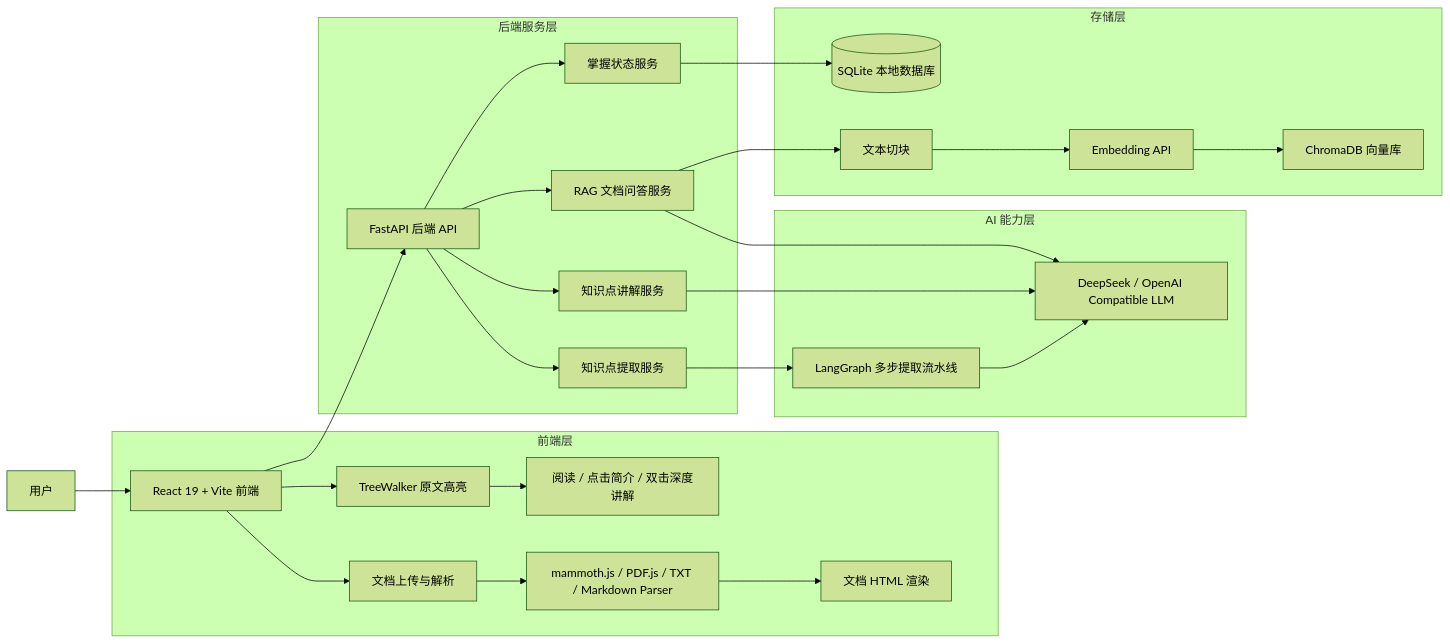
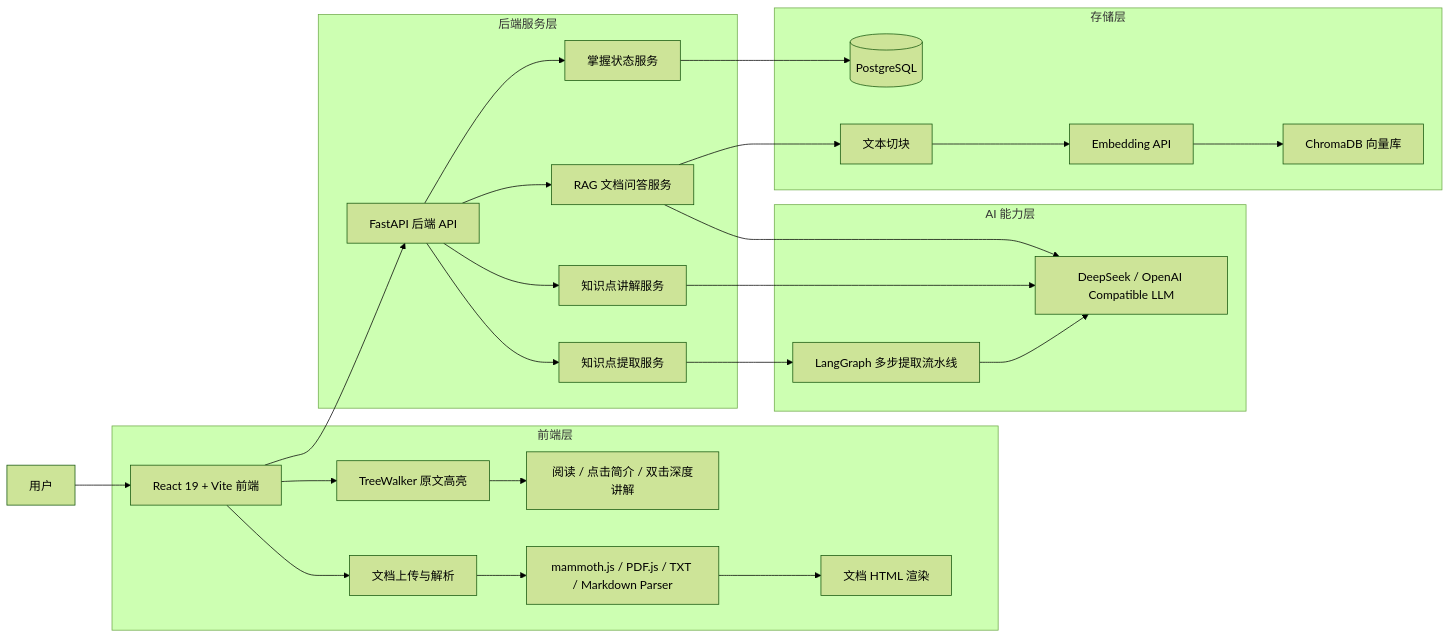
One commit to 54dongdaozhu/pagemind changed the first of 2 diagrams in README.md. Above: the diagram before and after it, drawn with Mermaid (forest theme). The commit also changed other lines of this file and 14 other files, not shown here.

Commit message:
迁移持久化存储到 PostgreSQL

````diff
--- a/README.md
+++ b/README.md
@@ -36,36 +36,36 @@
 ```mermaid
 flowchart LR
     User[用户] --> Frontend[React 19 + Vite 前端]
 
     subgraph FE[前端层]
         Frontend --> Upload[文档上传与解析]
         Upload --> Parser[mammoth.js / PDF.js / TXT / Markdown Parser]
         Parser --> HtmlRender[文档 HTML 渲染]
         Frontend --> Highlight[TreeWalker 原文高亮]
         Highlight --> Reader[阅读 / 点击简介 / 双击深度讲解]
     end
 
     subgraph BE[后端服务层]
         API[FastAPI 后端 API]
         API --> Extract[知识点提取服务]
         API --> Explain[知识点讲解服务]
         API --> RAG[RAG 文档问答服务]
         API --> Knowledge[掌握状态服务]
     end
 
     subgraph AI[AI 能力层]
         Extract --> LangGraph[LangGraph 多步提取流水线]
         LangGraph --> LLM[DeepSeek / OpenAI Compatible LLM]
         Explain --> LLM
         RAG --> LLM
     end
 
     subgraph Storage[存储层]
         RAG --> Chunk[文本切块]
         Chunk --> Embedding[Embedding API]
         Embedding --> Chroma[ChromaDB 向量库]
-        Knowledge --> SQLite[(SQLite 本地数据库)]
+        Knowledge --> Postgres[(PostgreSQL)]
     end
 
     Frontend --> API
 ```
````
